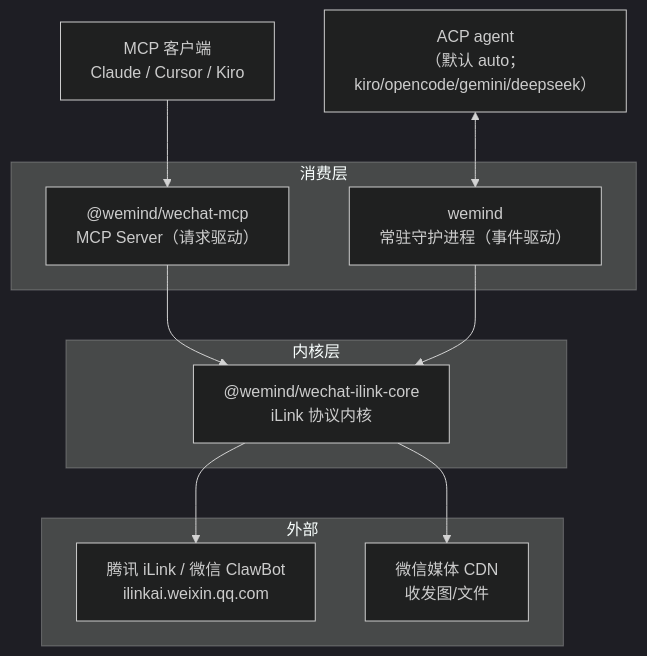
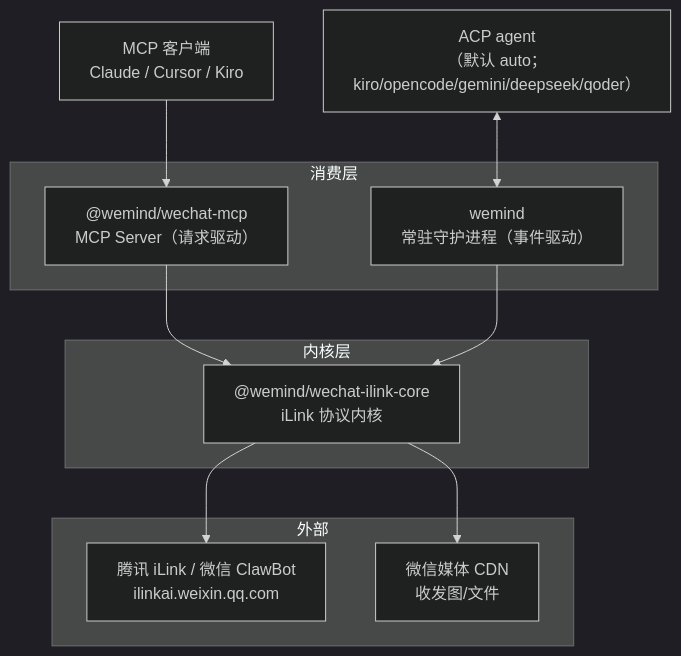
One commit to imwangpan/WeMind changed the first of 6 diagrams in docs/repowiki/02-系统架构.md. Above: the diagram before and after it, drawn with Mermaid (dark theme). The commit also changed other lines of this file and 22 other files, not shown here.

````diff
--- a/docs/repowiki/02-系统架构.md
+++ b/docs/repowiki/02-系统架构.md
@@ -13,20 +13,20 @@
 ```mermaid
 graph TD
     subgraph 消费层
         MCP["@wemind/wechat-mcp<br/>MCP Server（请求驱动）"]
         DAEMON["wemind<br/>常驻守护进程（事件驱动）"]
     end
     subgraph 内核层
         CORE["@wemind/wechat-ilink-core<br/>iLink 协议内核"]
     end
     subgraph 外部
         ILINK["腾讯 iLink / 微信 ClawBot<br/>ilinkai.weixin.qq.com"]
         CDN["微信媒体 CDN<br/>收发图/文件"]
     end
     MCPCLIENT["MCP 客户端<br/>Claude / Cursor / Kiro"] --> MCP
-    BRAIN["ACP agent<br/>（默认 auto；kiro/opencode/gemini/deepseek）"] <--> DAEMON
+    BRAIN["ACP agent<br/>（默认 auto；kiro/opencode/gemini/deepseek/qoder）"] <--> DAEMON
     MCP --> CORE
     DAEMON --> CORE
     CORE --> ILINK
     CORE --> CDN
 ```
````
